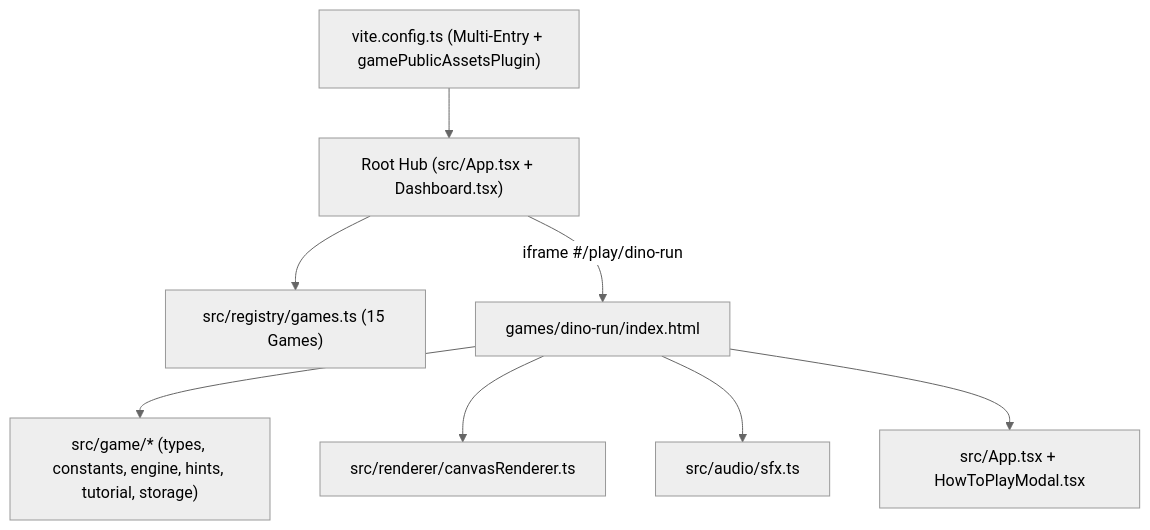
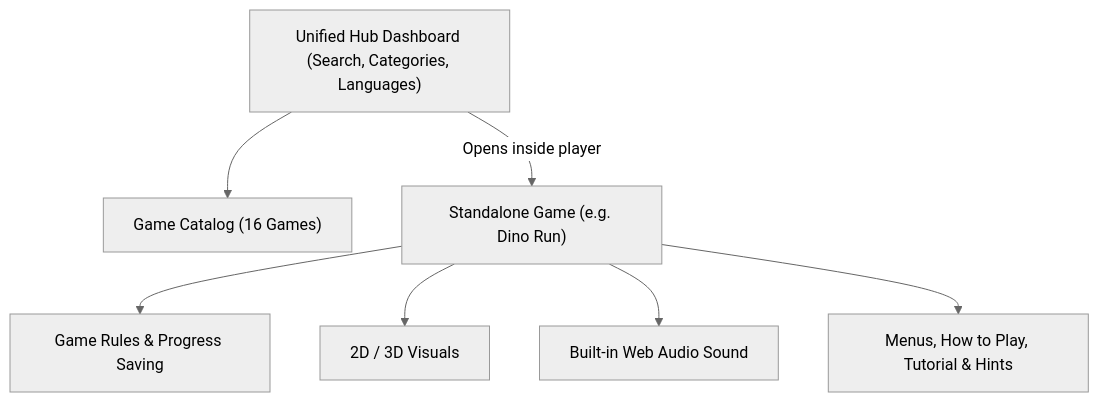
One commit to vuhung16au/gemini-games changed the diagram in courses/day-03-project-architecture/README.md. Above: the diagram before and after it, drawn with Mermaid (neutral theme). The commit also changed other lines of this file and 30 other files, not shown here.

````diff
--- a/courses/day-03-project-architecture/README.md
+++ b/courses/day-03-project-architecture/README.md
@@ -12,11 +12,9 @@
 ```mermaid
 flowchart TD
-  Root["vite.config.ts (Multi-Entry + gamePublicAssetsPlugin)"]
-  Root --> Hub["Root Hub (src/App.tsx + Dashboard.tsx)"]
-  Hub --> Reg["src/registry/games.ts (15 Games)"]
-  Hub -->|iframe #/play/dino-run| Dino["games/dino-run/index.html"]
-  Dino --> Sim["src/game/* (types, constants, engine, hints, tutorial, storage)"]
-  Dino --> Render["src/renderer/canvasRenderer.ts"]
-  Dino --> SFX["src/audio/sfx.ts"]
-  Dino --> UI["src/App.tsx + HowToPlayModal.tsx"]
+  Hub["Unified Hub Dashboard (Search, Categories, Languages)"] --> Reg["Game Catalog (16 Games)"]
+  Hub -->|Opens inside player| Dino["Standalone Game (e.g. Dino Run)"]
+  Dino --> Sim["Game Rules & Progress Saving"]
+  Dino --> Render["2D / 3D Visuals"]
+  Dino --> SFX["Built-in Web Audio Sound"]
+  Dino --> UI["Menus, How to Play, Tutorial & Hints"]
 ```
````
